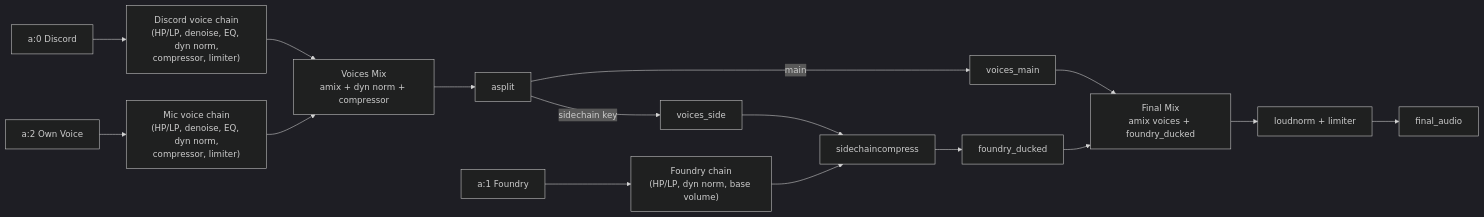
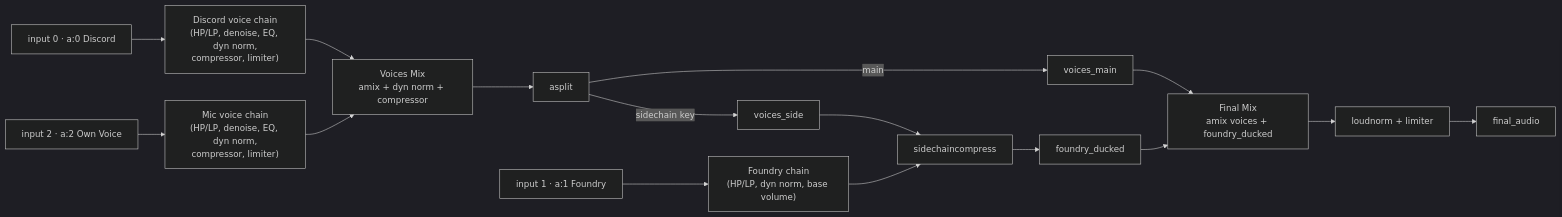
One commit to Talaren/obs-video-pipeline changed the diagram in README.md. Above: the diagram before and after it, drawn with Mermaid (dark theme). The commit also changed other lines of this file and 5 other files, not shown here.

````diff
--- a/README.md
+++ b/README.md
@@ -59,21 +61,21 @@
 ```mermaid
 flowchart LR
-  A0["a:0 Discord"] --> DPROC["Discord voice chain\n(HP/LP, denoise, EQ, dyn norm,\ncompressor, limiter)"]
-  A2["a:2 Own Voice"] --> VPROC["Mic voice chain\n(HP/LP, denoise, EQ, dyn norm,\ncompressor, limiter)"]
+  A0["input 0 · a:0 Discord"] --> DPROC["Discord voice chain\n(HP/LP, denoise, EQ, dyn norm,\ncompressor, limiter)"]
+  A2["input 2 · a:2 Own Voice"] --> VPROC["Mic voice chain\n(HP/LP, denoise, EQ, dyn norm,\ncompressor, limiter)"]
   DPROC --> VMIX["Voices Mix\namix + dyn norm + compressor"]
   VPROC --> VMIX
 
   VMIX --> SPLIT["asplit"]
   SPLIT -->|main| VMAIN["voices_main"]
   SPLIT -->|sidechain key| VSIDE["voices_side"]
 
-  A1["a:1 Foundry"] --> FPROC["Foundry chain\n(HP/LP, dyn norm, base volume)"]
+  A1["input 1 · a:1 Foundry"] --> FPROC["Foundry chain\n(HP/LP, dyn norm, base volume)"]
   FPROC --> DUCK["sidechaincompress"]
   VSIDE --> DUCK
   DUCK --> FDUCK["foundry_ducked"]
 
   VMAIN --> FINALMIX["Final Mix\namix voices + foundry_ducked"]
   FDUCK --> FINALMIX
   FINALMIX --> FINALPROC["loudnorm + limiter"]
   FINALPROC --> OUT["final_audio"]
 ```
````
